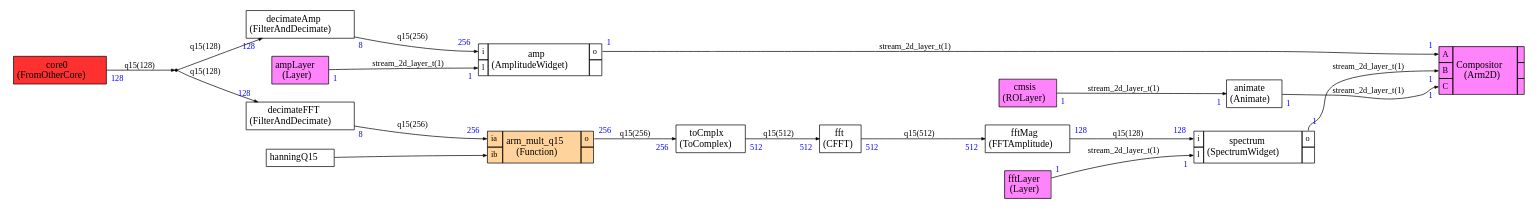
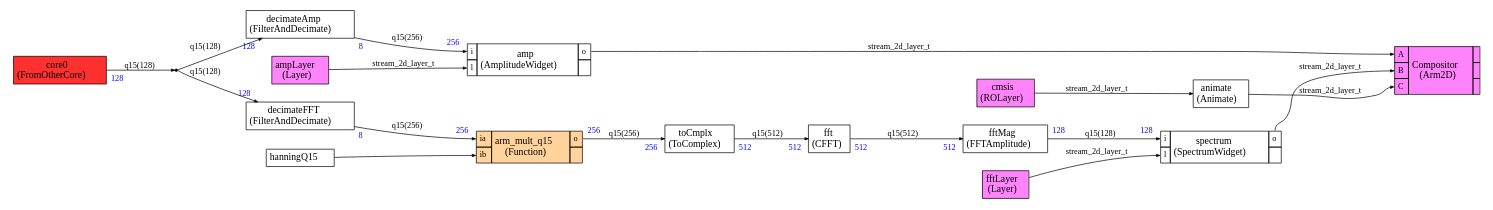
One commit to christophe0606/PicoMusic changed the diagram in Dot/lcd_graph.dot. Above: the diagram before and after it, drawn with Graphviz. The commit also changed 9 other files, not shown here.

Commit message:
Updated for CMSIS-Stream v1.9.0

```diff
--- a/Dot/lcd_graph.dot
+++ b/Dot/lcd_graph.dot
@@ -187,41 +187,29 @@
 ,taillabel=<<TABLE BORDER="0" CELLPADDING="4"><TR><TD><FONT COLOR="blue" POINT-SIZE="12.0" >128</FONT>
 </TD></TR></TABLE>>]
 
-ampLayer:i -> amp:l [style="solid",color="black",fontsize="12.0",fontcolor="black",label=<stream_2d_layer_t(1)>
-,headlabel=<<TABLE BORDER="0" CELLPADDING="4"><TR><TD><FONT COLOR="blue" POINT-SIZE="12.0" >1</FONT>
-</TD></TR></TABLE>>
-,taillabel=<<TABLE BORDER="0" CELLPADDING="4"><TR><TD><FONT COLOR="blue" POINT-SIZE="12.0" >1</FONT>
-</TD></TR></TABLE>>]
+ampLayer:i -> amp:l [style="solid",color="black",fontsize="12.0",fontcolor="black",label=<stream_2d_layer_t>
 
-fftLayer:i -> spectrum:l [style="solid",color="black",fontsize="12.0",fontcolor="black",label=<stream_2d_layer_t(1)>
-,headlabel=<<TABLE BORDER="0" CELLPADDING="4"><TR><TD><FONT COLOR="blue" POINT-SIZE="12.0" >1</FONT>
-</TD></TR></TABLE>>
-,taillabel=<<TABLE BORDER="0" CELLPADDING="4"><TR><TD><FONT COLOR="blue" POINT-SIZE="12.0" >1</FONT>
-</TD></TR></TABLE>>]
+]
 
-cmsis:i -> animate:i [style="solid",color="black",fontsize="12.0",fontcolor="black",label=<stream_2d_layer_t(1)>
-,headlabel=<<TABLE BORDER="0" CELLPADDING="4"><TR><TD><FONT COLOR="blue" POINT-SIZE="12.0" >1</FONT>
-</TD></TR></TABLE>>
-,taillabel=<<TABLE BORDER="0" CELLPADDING="4"><TR><TD><FONT COLOR="blue" POINT-SIZE="12.0" >1</FONT>
-</TD></TR></TABLE>>]
+fftLayer:i -> spectrum:l [style="solid",color="black",fontsize="12.0",fontcolor="black",label=<stream_2d_layer_t>
 
-amp:o -> Compositor:A [style="solid",color="black",fontsize="12.0",fontcolor="black",label=<stream_2d_layer_t(1)>
-,headlabel=<<TABLE BORDER="0" CELLPADDING="4"><TR><TD><FONT COLOR="blue" POINT-SIZE="12.0" >1</FONT>
-</TD></TR></TABLE>>
-,taillabel=<<TABLE BORDER="0" CELLPADDING="4"><TR><TD><FONT COLOR="blue" POINT-SIZE="12.0" >1</FONT>
-</TD></TR></TABLE>>]
+]
 
-spectrum:o -> Compositor:B [style="solid",color="black",fontsize="12.0",fontcolor="black",label=<stream_2d_layer_t(1)>
-,headlabel=<<TABLE BORDER="0" CELLPADDING="4"><TR><TD><FONT COLOR="blue" POINT-SIZE="12.0" >1</FONT>
-</TD></TR></TABLE>>
-,taillabel=<<TABLE BORDER="0" CELLPADDING="4"><TR><TD><FONT COLOR="blue" POINT-SIZE="12.0" >1</FONT>
-</TD></TR></TABLE>>]
+cmsis:i -> animate:i [style="solid",color="black",fontsize="12.0",fontcolor="black",label=<stream_2d_layer_t>
 
-animate:i -> Compositor:C [style="solid",color="black",fontsize="12.0",fontcolor="black",label=<stream_2d_layer_t(1)>
-,headlabel=<<TABLE BORDER="0" CELLPADDING="4"><TR><TD><FONT COLOR="blue" POINT-SIZE="12.0" >1</FONT>
-</TD></TR></TABLE>>
-,taillabel=<<TABLE BORDER="0" CELLPADDING="4"><TR><TD><FONT COLOR="blue" POINT-SIZE="12.0" >1</FONT>
-</TD></TR></TABLE>>]
+]
+
+amp:o -> Compositor:A [style="solid",color="black",fontsize="12.0",fontcolor="black",label=<stream_2d_layer_t>
+
+]
+
+spectrum:o -> Compositor:B [style="solid",color="black",fontsize="12.0",fontcolor="black",label=<stream_2d_layer_t>
+
+]
+
+animate:i -> Compositor:C [style="solid",color="black",fontsize="12.0",fontcolor="black",label=<stream_2d_layer_t>
+
+]
 
 core0:i ->  
 dup0 [style="solid",color="black",fontsize="12.0",fontcolor="black",label=<q15(128)>
```
